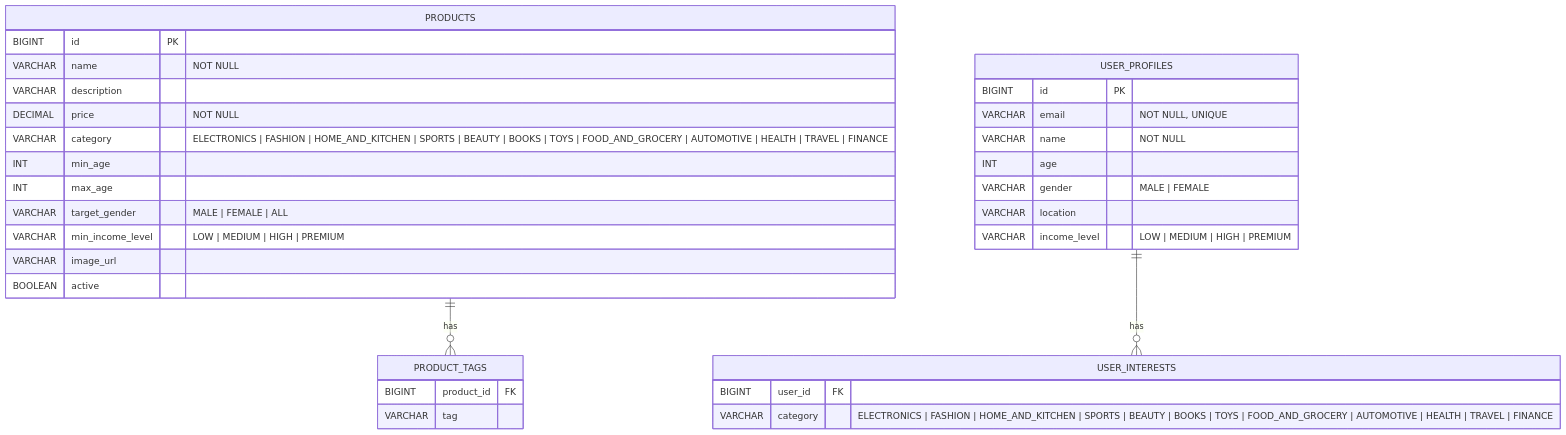
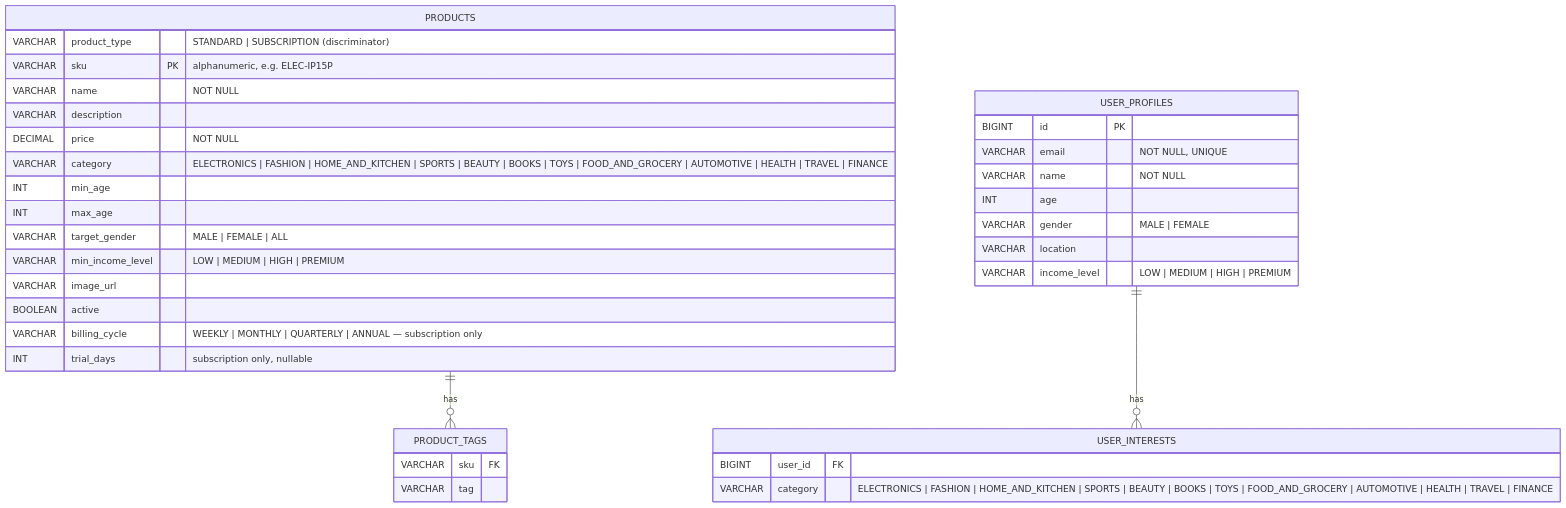
The third of 3 diagrams in README.md (asojha/ecommerce), drawn with Mermaid before and after one commit. The commit also changed other lines of this file and 11 other files, not shown here.

First line of the commit message:
Add subscription products and product authoring UI

````diff
--- a/README.md
+++ b/README.md
@@ -80,39 +80,42 @@
 ```mermaid
 erDiagram
     PRODUCTS {
-        BIGINT id PK
+        VARCHAR product_type "STANDARD | SUBSCRIPTION (discriminator)"
+        VARCHAR sku PK "alphanumeric, e.g. ELEC-IP15P"
         VARCHAR name "NOT NULL"
         VARCHAR description
         DECIMAL price "NOT NULL"
         VARCHAR category "ELECTRONICS | FASHION | HOME_AND_KITCHEN | SPORTS | BEAUTY | BOOKS | TOYS | FOOD_AND_GROCERY | AUTOMOTIVE | HEALTH | TRAVEL | FINANCE"
         INT min_age
         INT max_age
         VARCHAR target_gender "MALE | FEMALE | ALL"
         VARCHAR min_income_level "LOW | MEDIUM | HIGH | PREMIUM"
         VARCHAR image_url
         BOOLEAN active
+        VARCHAR billing_cycle "WEEKLY | MONTHLY | QUARTERLY | ANNUAL — subscription only"
+        INT trial_days "subscription only, nullable"
     }
 
     PRODUCT_TAGS {
-        BIGINT product_id FK
+        VARCHAR sku FK
         VARCHAR tag
     }
 
     USER_PROFILES {
         BIGINT id PK
         VARCHAR email "NOT NULL, UNIQUE"
         VARCHAR name "NOT NULL"
         INT age
         VARCHAR gender "MALE | FEMALE"
         VARCHAR location
         VARCHAR income_level "LOW | MEDIUM | HIGH | PREMIUM"
     }
 
     USER_INTERESTS {
         BIGINT user_id FK
         VARCHAR category "ELECTRONICS | FASHION | HOME_AND_KITCHEN | SPORTS | BEAUTY | BOOKS | TOYS | FOOD_AND_GROCERY | AUTOMOTIVE | HEALTH | TRAVEL | FINANCE"
     }
 
     PRODUCTS ||--o{ PRODUCT_TAGS : "has"
     USER_PROFILES ||--o{ USER_INTERESTS : "has"
 ```
````
